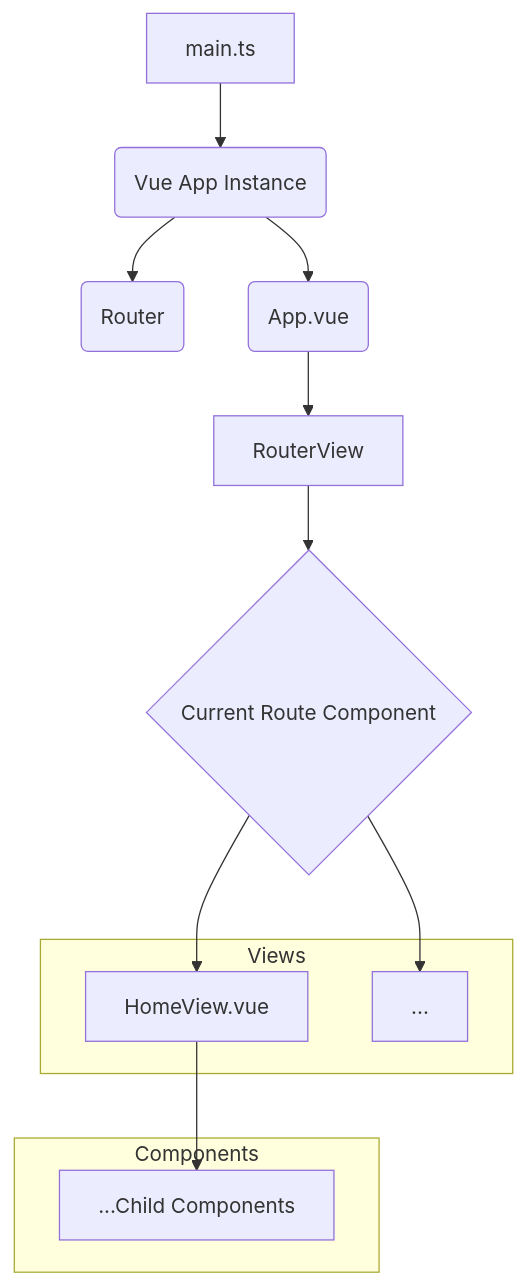
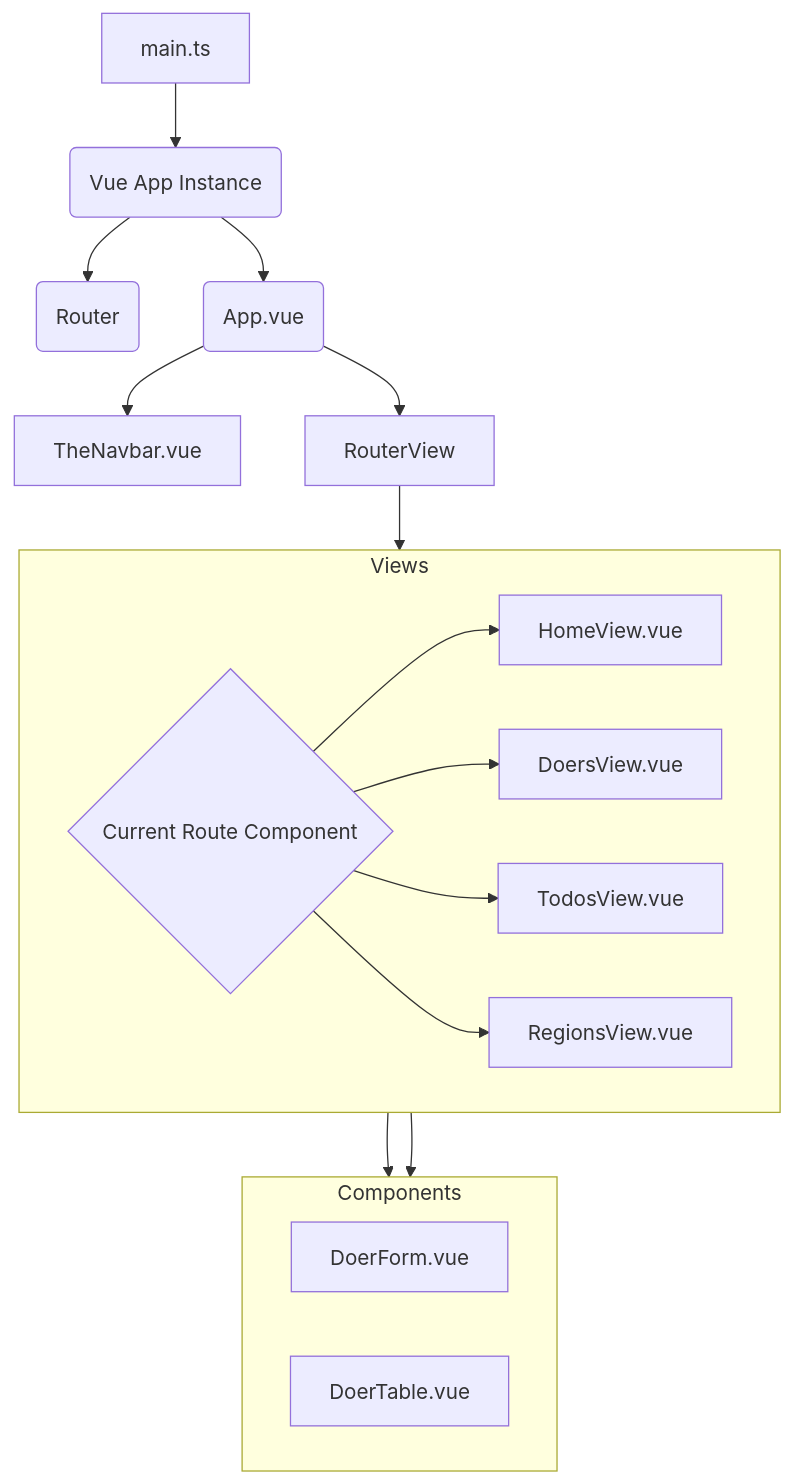
The diagram in memory-bank/systemPatterns.md (daveharmswebdev/lladro-client), drawn with Mermaid before and after one commit. The commit also changed other lines of this file and 15 other files, not shown here.

Commit message:
began doer table

````diff
--- a/memory-bank/systemPatterns.md
+++ b/memory-bank/systemPatterns.md
@@ -16,20 +16,23 @@
 ```mermaid
 graph TD
     A[main.ts] --> B(Vue App Instance)
     B --> C(Router)
     B --> D(App.vue)
+    D --> D_Navbar[TheNavbar.vue]
     D --> E[RouterView]
     E --> F{Current Route Component}
-    F --> G[HomeView.vue]
-    F --> H[...]
-    G --> I[...Child Components]
 
     subgraph Views
-        G
-        H
+        direction LR
+        F --> G[HomeView.vue]
+        F --> H[DoersView.vue]
+        F --> J[TodosView.vue]
+        F --> K[RegionsView.vue]
     end
 
     subgraph Components
-        I
+        direction LR
+        H --> H_DoerForm[DoerForm.vue]
+        H --> H_DoerTable[DoerTable.vue]
     end
 ```
````
